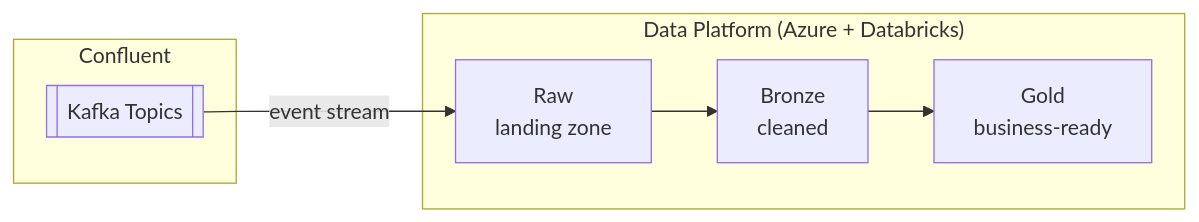
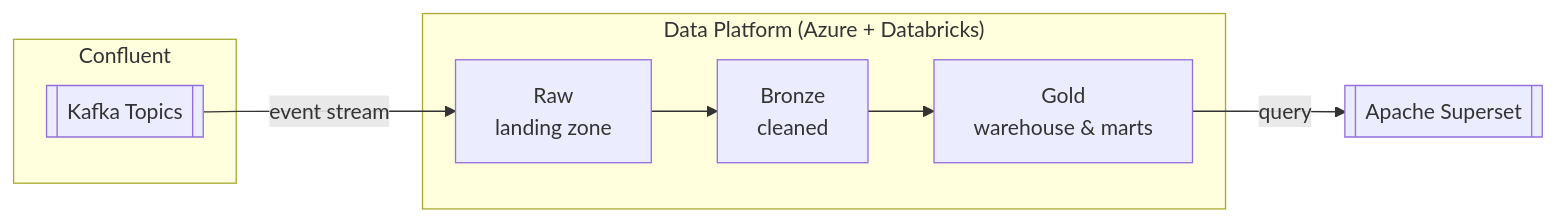
One commit to samuelramos/entourage changed the diagram in colaco-arch/data-platform.md. Above: the diagram before and after it, drawn with Mermaid. The commit also changed other lines of this file and 1 other file, not shown here.

Commit message:
Add Apache Superset; document gold layer as warehouse and data marts

````diff
--- a/colaco-arch/data-platform.md
+++ b/colaco-arch/data-platform.md
@@ -69,14 +75,16 @@
 ```mermaid
 flowchart LR
     subgraph Confluent
         kafka[[Kafka Topics]]
     end
     subgraph "Data Platform (Azure + Databricks)"
         raw[Raw\nlanding zone]
         bronze[Bronze\ncleaned]
-        gold[Gold\nbusiness-ready]
+        gold[Gold\nwarehouse & marts]
         raw --> bronze --> gold
     end
+    superset[[Apache Superset]]
 
     kafka -->|event stream| raw
+    gold -->|query| superset
 ```
````
